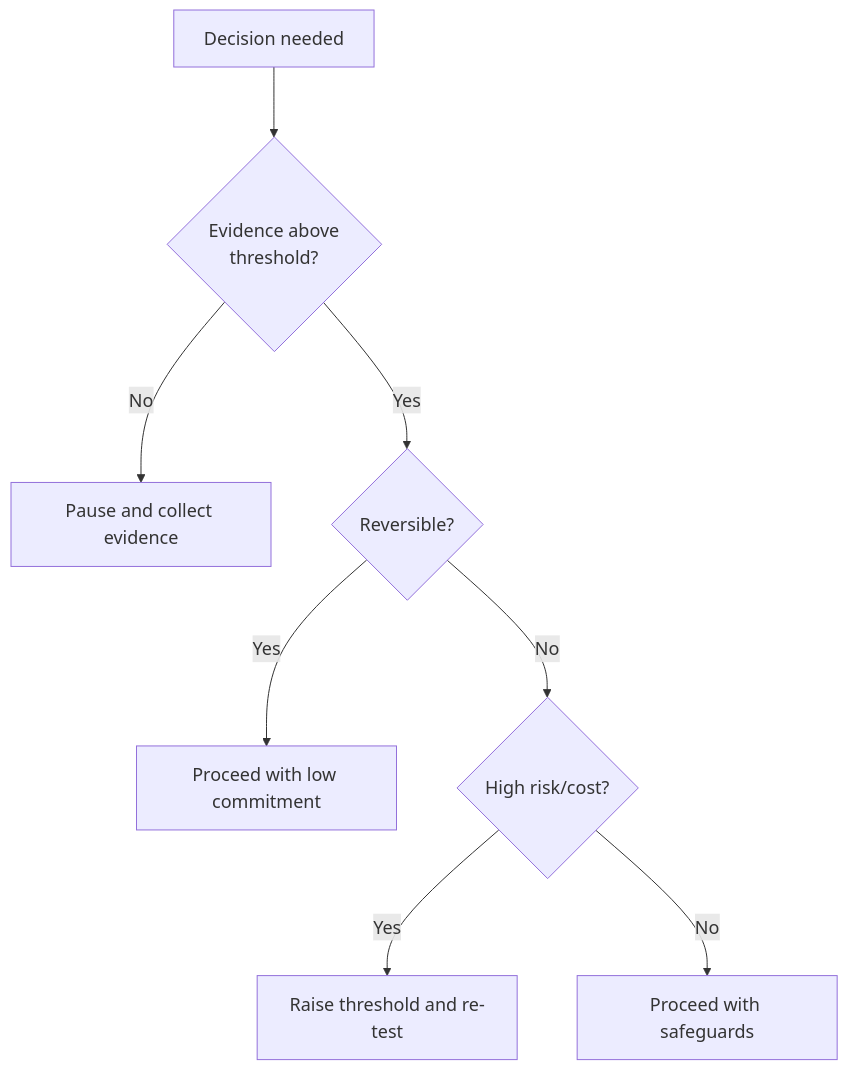
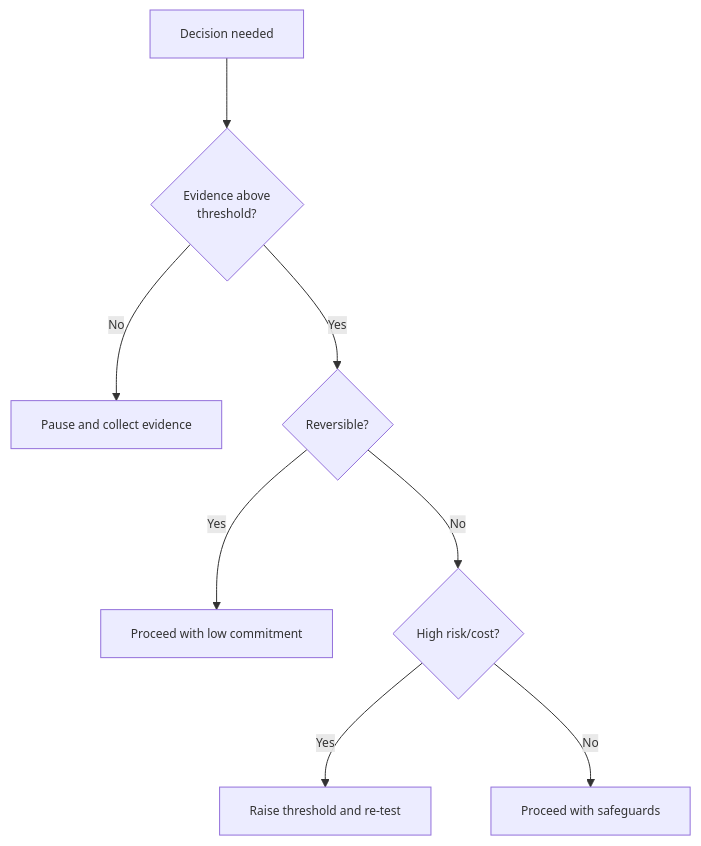
Before and after one commit to micro-canvas-framework/micro-canvas-framework.github.io: the diagram in docs/book/decision-logic.mdx, drawn with Mermaid. The commit also changed other lines of this file and 23 other files, not shown here.

Commit message:
docs(book): normalize mermaid font size to 12px

````diff
--- a/docs/book/decision-logic.mdx
+++ b/docs/book/decision-logic.mdx
@@ -41,11 +41,11 @@
 ```mermaid
-%%{init: {"flowchart": {"nodeSpacing": 60, "rankSpacing": 70}, "themeVariables": {"fontSize":"18px"}} }%%
+%%{init: {"flowchart": {"nodeSpacing": 60, "rankSpacing": 70}, "themeVariables": {"fontSize":"12px"}} }%%
 flowchart TB
   A[Decision needed] --> B{Evidence above<br/>threshold?}
   B -- "No" --> P[Pause and collect evidence]
   B -- "Yes" --> C{Reversible?}
   C -- "Yes" --> L[Proceed with low commitment]
   C -- "No" --> D{High risk/cost?}
   D -- "Yes" --> H[Raise threshold and re-test]
   D -- "No" --> R[Proceed with safeguards]
 ```
````
